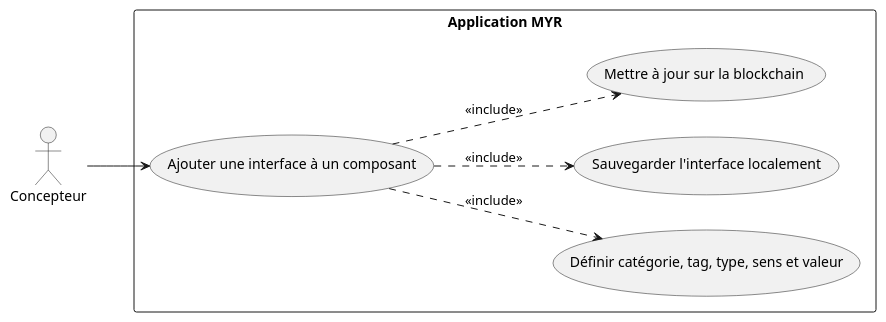
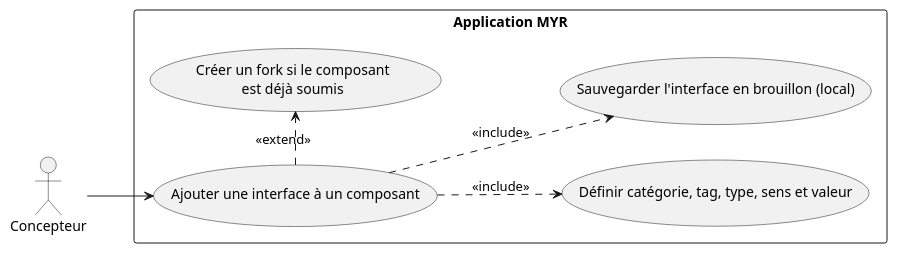
One commit to olivaux/myr changed the first of 2 diagrams in specs/2-Analyse/UCCE-Composant_Ecriture/UCCE06.md. Above: the diagram before and after it, drawn with PlantUML. The commit also changed other lines of this file and 72 other files, not shown here.

````diff
--- a/specs/2-Analyse/UCCE-Composant_Ecriture/UCCE06.md
+++ b/specs/2-Analyse/UCCE-Composant_Ecriture/UCCE06.md
@@ -14,20 +14,20 @@
 ```plantuml
 @startuml
 left to right direction
 
 actor "Concepteur" as C
 
 rectangle "Application MYR" {
     usecase "Ajouter une interface à un composant" as UC1
     usecase "Définir catégorie, tag, type, sens et valeur" as UC2
-    usecase "Sauvegarder l'interface localement" as UC3
-    usecase "Mettre à jour sur la blockchain" as UC4
+    usecase "Sauvegarder l'interface en brouillon (local)" as UC3
+    usecase "Créer un fork si le composant\nest déjà soumis" as UC4
 }
 
 C --> UC1
 UC1 ..> UC2 : <<include>>
 UC1 ..> UC3 : <<include>>
-UC1 ..> UC4 : <<include>>
+UC1 .> UC4 : <<extend>>
 
 @enduml
 ```
````
